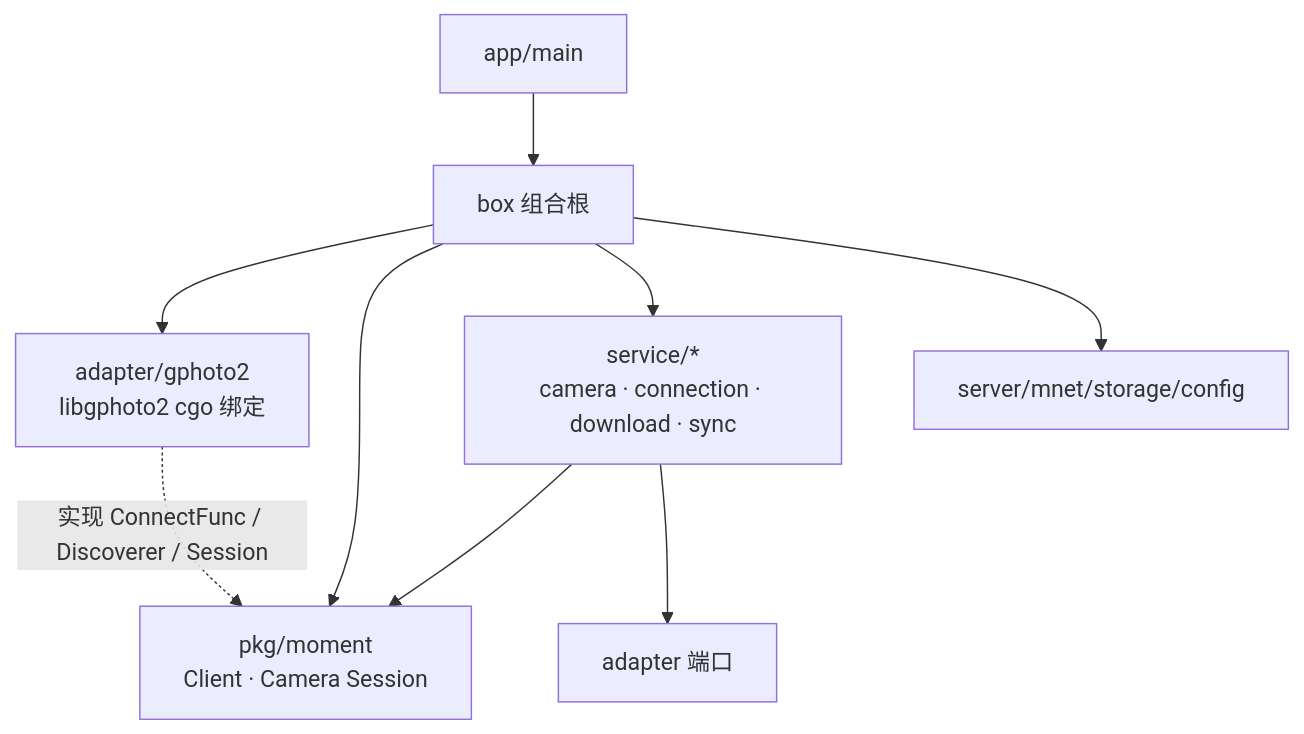
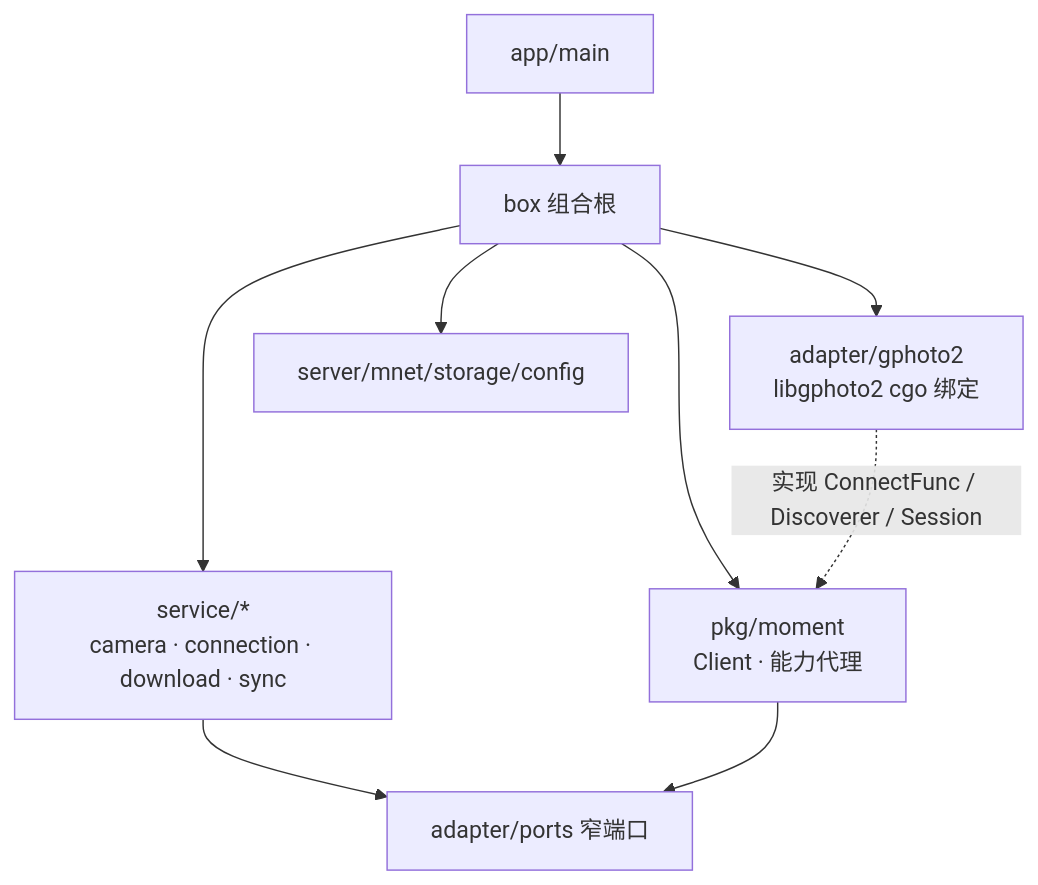
One commit to zviex/moment-go changed the first of 2 diagrams in README.md. Above: the diagram before and after it, drawn with Mermaid. The commit also changed other lines of this file and 25 other files, not shown here.

````diff
--- a/README.md
+++ b/README.md
@@ -19,11 +19,11 @@
 ```mermaid
 graph TD
     A[app/main] --> B[box 组合根]
     B --> C[adapter/gphoto2<br/>libgphoto2 cgo 绑定]
-    B --> D[pkg/moment<br/>Client · Camera Session]
+    B --> D[pkg/moment<br/>Client · 能力代理]
     B --> E[service/*<br/>camera · connection · download · sync]
     B --> F[server/mnet/storage/config]
-    E --> D
-    E --> G[adapter 端口]
+    E --> G[adapter/ports 窄端口]
+    D --> G
     C -. 实现 ConnectFunc / Discoverer / Session .-> D
 ```
````
